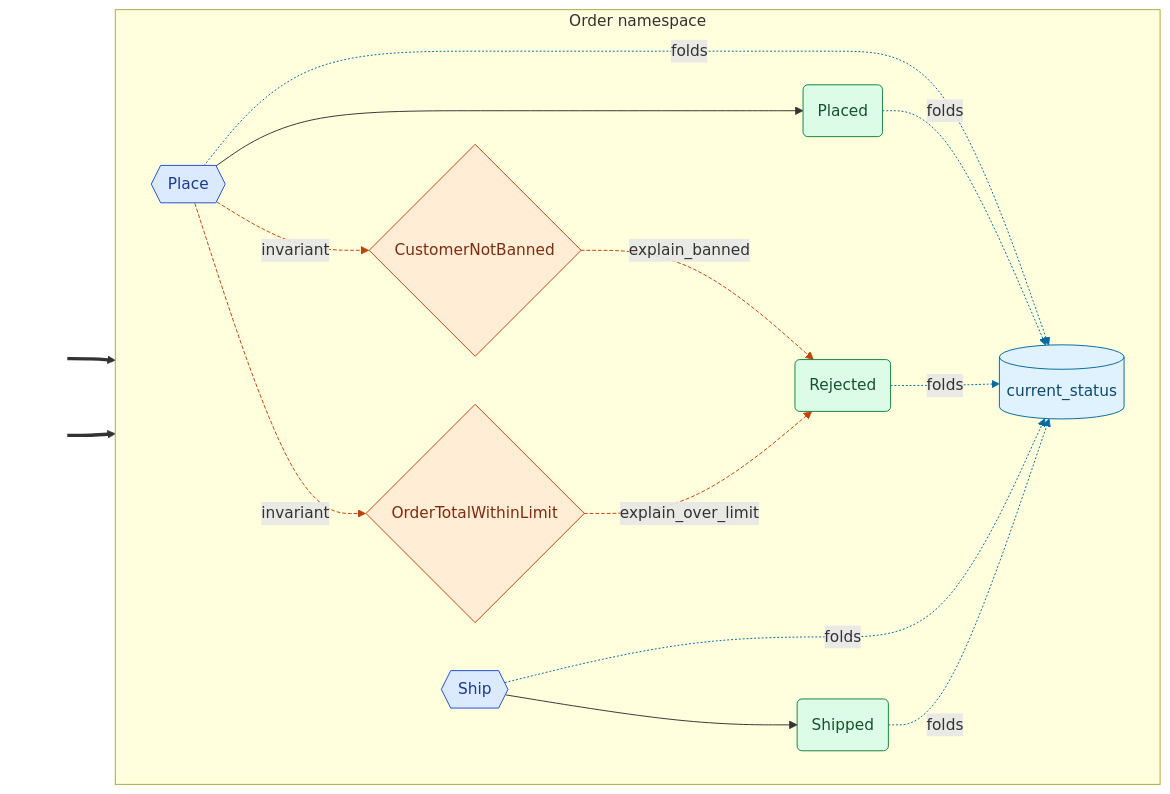
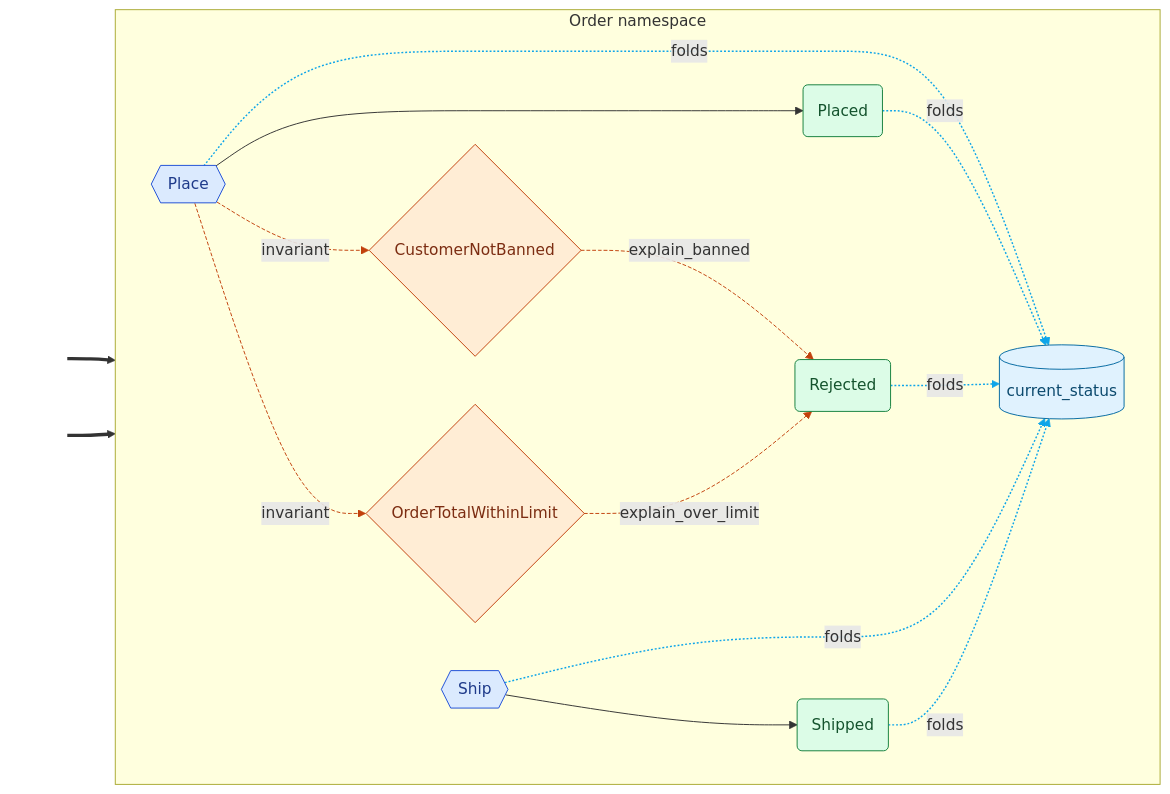
The diagram in docs/index.md (cadance-io/langgraph-events), drawn with Mermaid before and after one commit. The commit also changed 14 other files, not shown here.

First line of the commit message:
feat: add notes to diagram nodes, and draw no entry arrow in a focus

````diff
--- a/docs/index.md
+++ b/docs/index.md
@@ -33,37 +33,37 @@
 ```mermaid
 graph LR
     classDef entry fill:none,stroke:none,color:none
     classDef cmd fill:#dbeafe,stroke:#1d4ed8,color:#1e3a8a
     classDef devt fill:#dcfce7,stroke:#15803d,color:#14532d
     classDef intg fill:#ede9fe,stroke:#6d28d9,color:#4c1d95
     classDef syst fill:#fef3c7,stroke:#b45309,color:#78350f
     classDef halt fill:#fef3c7,stroke:#b45309,color:#78350f,stroke-width:3px,stroke-dasharray:4 2
     classDef inv fill:#ffedd5,stroke:#c2410c,color:#7c2d12
     classDef reducer fill:#e0f2fe,stroke:#0369a1,color:#0c4a6e
     subgraph Order["Order namespace"]
         direction LR
         Place{{Place}}:::cmd
         Placed(Placed):::devt
         Rejected(Rejected):::devt
         Ship{{Ship}}:::cmd
         Shipped(Shipped):::devt
         CustomerNotBanned{CustomerNotBanned}:::inv
         OrderTotalWithinLimit{OrderTotalWithinLimit}:::inv
         _reducer_current_status[(current_status)]:::reducer
     end
     _e0_[ ]:::entry ==> Place
     _e1_[ ]:::entry ==> Ship
     Place --> Placed
     Ship --> Shipped
     Place -.->|folds| _reducer_current_status
     Placed -.->|folds| _reducer_current_status
     Rejected -.->|folds| _reducer_current_status
     Ship -.->|folds| _reducer_current_status
     Shipped -.->|folds| _reducer_current_status
     CustomerNotBanned -.->|explain_banned| Rejected
     OrderTotalWithinLimit -.->|explain_over_limit| Rejected
     Place -.->|invariant| CustomerNotBanned
     Place -.->|invariant| OrderTotalWithinLimit
     linkStyle 9,10,11,12 stroke:#c2410c,stroke-dasharray:4 2
-    linkStyle 4,5,6,7,8 stroke:#0369a1,stroke-dasharray:2 2
+    linkStyle 4,5,6,7,8 stroke:#0ea5e9,stroke-width:1.5px,stroke-dasharray:2 2
 ```
````
